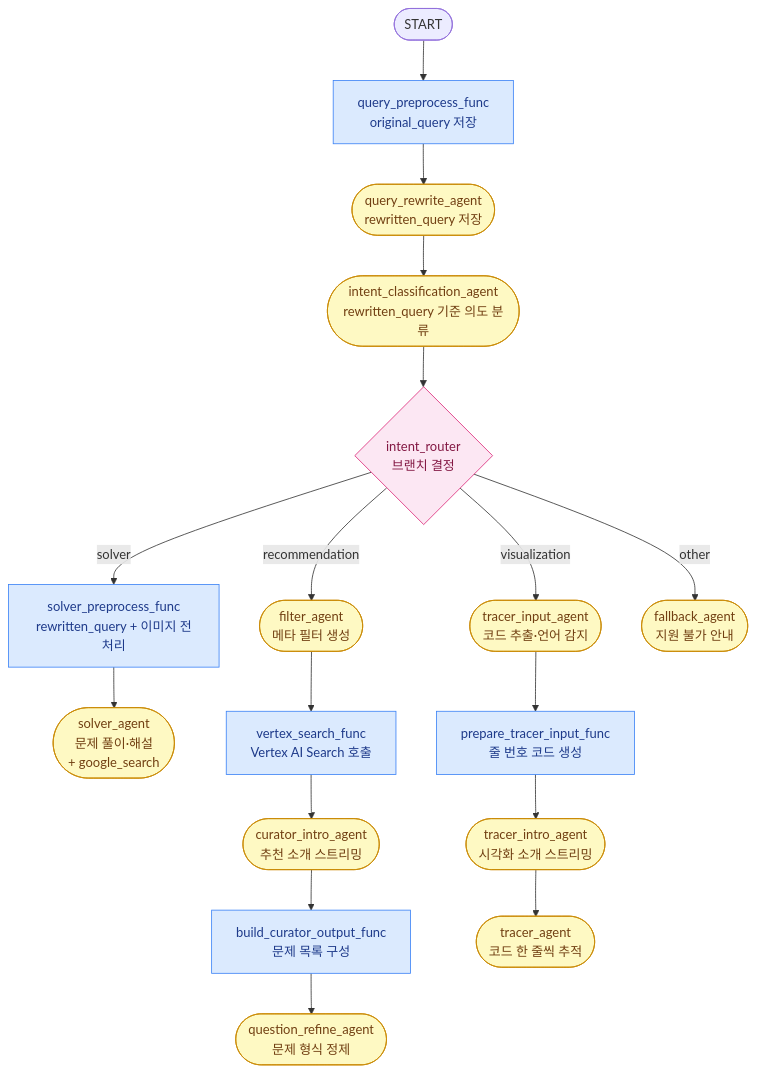
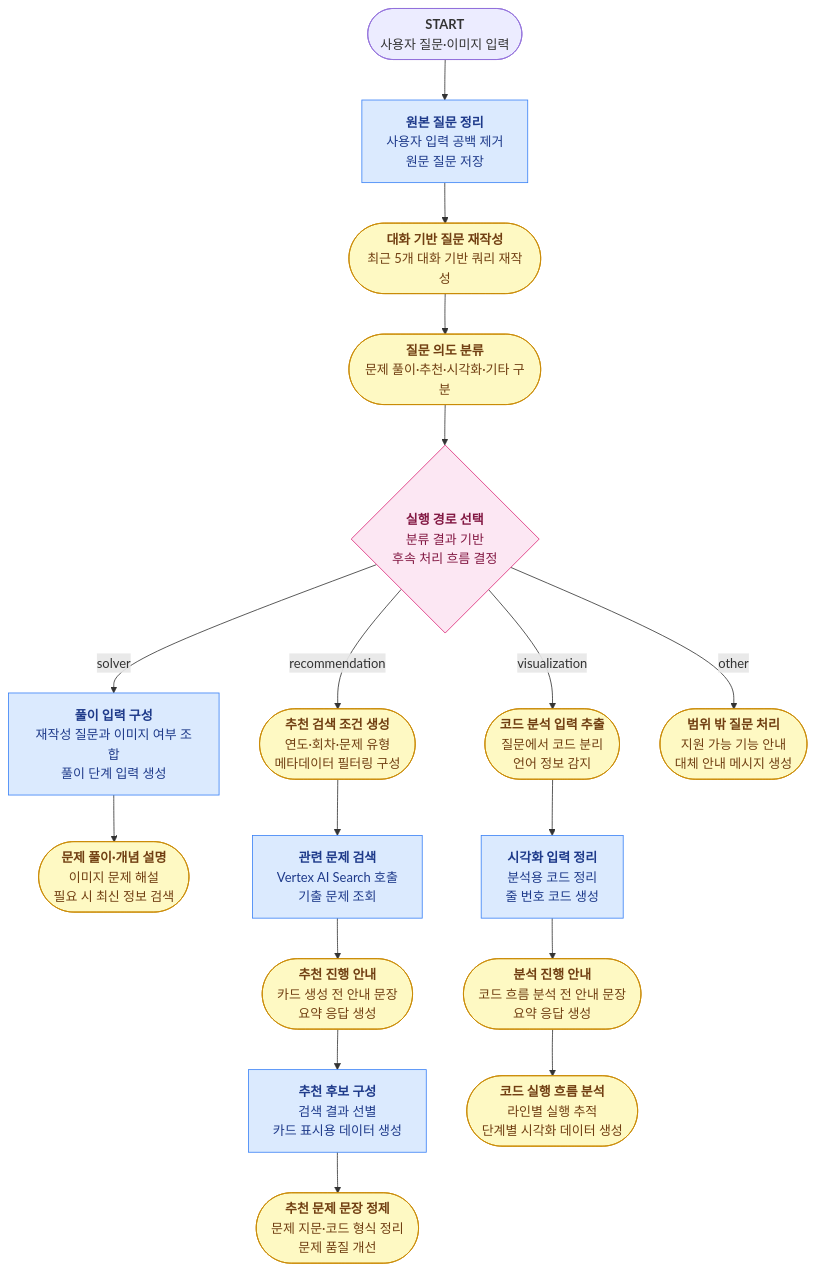
The second of 2 diagrams in docs/README.md (JangJiWon0108/smart-learning-platform-backend), drawn with Mermaid before and after one commit. The commit also changed other lines of this file and 6 other files, not shown here.

````diff
--- a/docs/README.md
+++ b/docs/README.md
@@ -242,36 +224,37 @@
 ```mermaid
 flowchart TD
     classDef fn    fill:#dbeafe,stroke:#3b82f6,color:#1e3a8a
     classDef llm   fill:#fef9c3,stroke:#ca8a04,color:#713f12
     classDef rt    fill:#fce7f3,stroke:#db2777,color:#831843
 
-    START(["START"])
+    START(["<b>START</b><br/>사용자 질문·이미지 입력"])
 
-    QP["query_preprocess_func<br/>original_query 저장"]:::fn
-    QR(["query_rewrite_agent<br/>rewritten_query 저장"]):::llm
-    IC(["intent_classification_agent<br/>rewritten_query 기준 의도 분류"]):::llm
-    IR{"intent_router<br/>브랜치 결정"}:::rt
+    QP["<b>원본 질문 정리</b><br/>사용자 입력 공백 제거<br/>원문 질문 저장"]:::fn
+    QR(["<b>대화 기반 질문 재작성</b><br/>최근 5개 대화 기반 쿼리 재작성"]):::llm
+    IC(["<b>질문 의도 분류</b><br/>문제 풀이·추천·시각화·기타 구분"]):::llm
+    IR{"<b>실행 경로 선택</b><br/>분류 결과 기반<br/>후속 처리 흐름 결정"}:::rt
 
-    SP["solver_preprocess_func<br/>rewritten_query + 이미지 전처리"]:::fn
-    SA(["solver_agent<br/>문제 풀이·해설<br/>+ google_search"]):::llm
+    SP["<b>풀이 입력 구성</b><br/>재작성 질문과 이미지 여부 조합<br/>풀이 단계 입력 생성"]:::fn
+    SA(["<b>문제 풀이·개념 설명</b><br/>이미지 문제 해설<br/>필요 시 최신 정보 검색"]):::llm
 
-    FA(["filter_agent<br/>메타 필터 생성"]):::llm
-    VS["vertex_search_func<br/>Vertex AI Search 호출"]:::fn
-    CI(["curator_intro_agent<br/>추천 소개 스트리밍"]):::llm
-    CA["build_curator_output_func<br/>문제 목록 구성"]:::fn
-    QRA(["question_refine_agent<br/>문제 형식 정제"]):::llm
+    FA(["<b>추천 검색 조건 생성</b><br/>연도·회차·문제 유형<br/>메타데이터 필터링 구성"]):::llm
+    VS["<b>관련 문제 검색</b><br/>Vertex AI Search 호출<br/>기출 문제 조회"]:::fn
+    CI(["<b>추천 진행 안내</b><br/>카드 생성 전 안내 문장<br/>요약 응답 생성"]):::llm
+    CA["<b>추천 후보 구성</b><br/>검색 결과 선별<br/>카드 표시용 데이터 생성"]:::fn
+    QRA(["<b>추천 문제 문장 정제</b><br/>문제 지문·코드 형식 정리<br/>문제 품질 개선"]):::llm
 
-    TIA(["tracer_input_agent<br/>코드 추출·언어 감지"]):::llm
-    PTI["prepare_tracer_input_func<br/>줄 번호 코드 생성"]:::fn
-    TI(["tracer_intro_agent<br/>시각화 소개 스트리밍"]):::llm
-    TA(["tracer_agent<br/>코드 한 줄씩 추적"]):::llm
+    TIA(["<b>코드 분석 입력 추출</b><br/>질문에서 코드 분리<br/>언어 정보 감지"]):::llm
+    PTI["<b>시각화 입력 정리</b><br/>분석용 코드 정리<br/>줄 번호 코드 생성"]:::fn
+    TI(["<b>분석 진행 안내</b><br/>코드 흐름 분석 전 안내 문장<br/>요약 응답 생성"]):::llm
+    TA(["<b>코드 실행 흐름 분석</b><br/>라인별 실행 추적<br/>단계별 시각화 데이터 생성"]):::llm
 
-    FB(["fallback_agent<br/>지원 불가 안내"]):::llm
+    FB(["<b>범위 밖 질문 처리</b><br/>지원 가능 기능 안내<br/>대체 안내 메시지 생성"]):::llm
 
     START --> QP --> QR --> IC --> IR
 
     IR -->|solver| SP --> SA
     IR -->|recommendation| FA --> VS --> CI --> CA --> QRA
     IR -->|visualization| TIA --> PTI --> TI --> TA
     IR -->|other| FB
+
 ```
````
